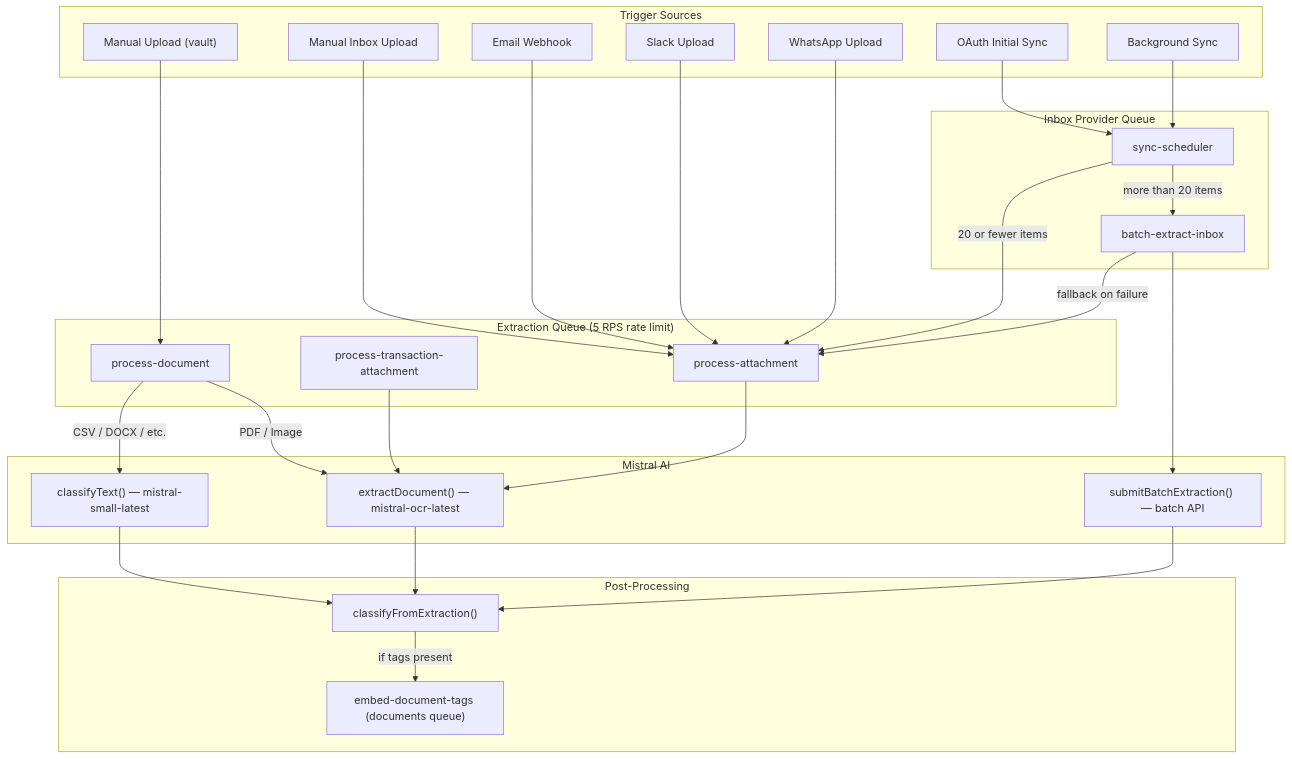
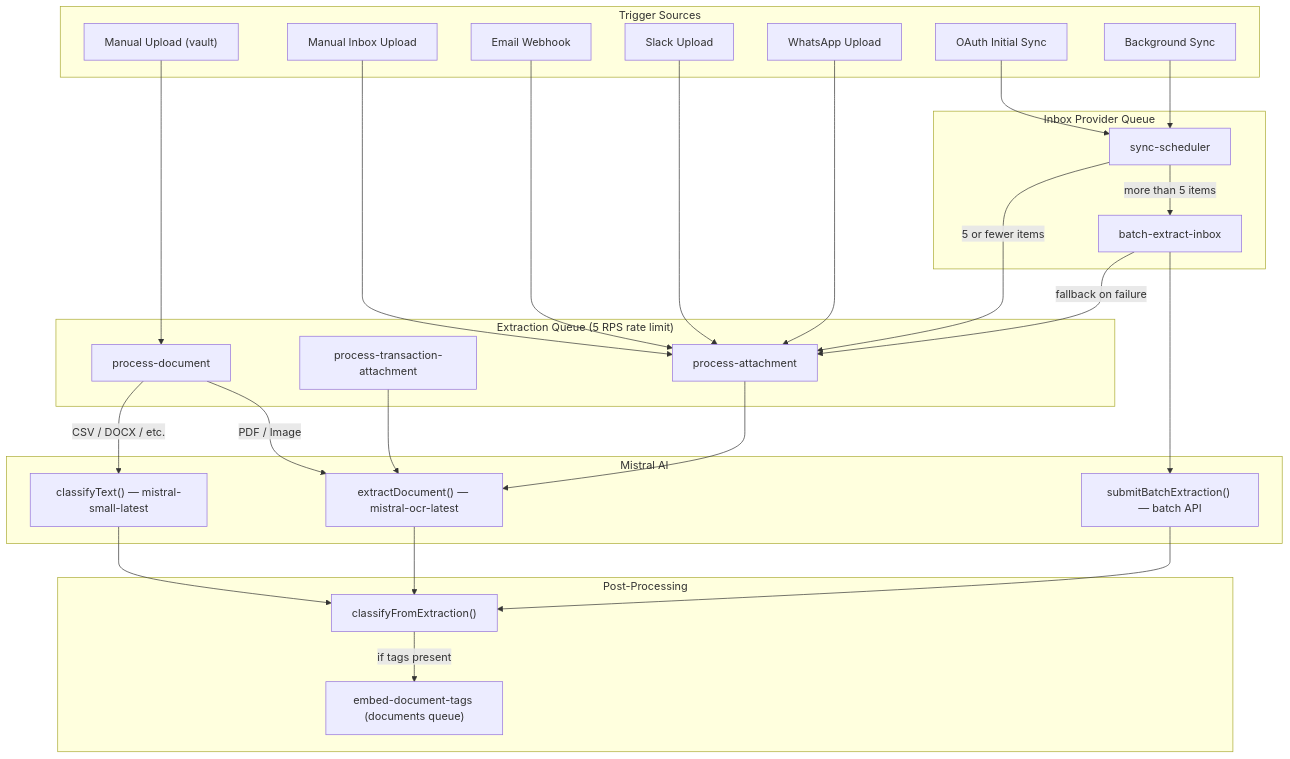
One commit to midday-ai/midday changed the diagram in packages/documents/ARCHITECTURE.md. Above: the diagram before and after it, drawn with Mermaid. The commit also changed 4 other files, not shown here.

````diff
--- a/packages/documents/ARCHITECTURE.md
+++ b/packages/documents/ARCHITECTURE.md
@@ -17,57 +17,57 @@
 ```mermaid
 flowchart TD
     subgraph triggers [Trigger Sources]
         ManualUpload["Manual Upload (vault)"]
         ManualInbox["Manual Inbox Upload"]
         EmailWebhook[Email Webhook]
         SlackUpload[Slack Upload]
         WhatsAppUpload[WhatsApp Upload]
         OAuthSync[OAuth Initial Sync]
         BackgroundSync[Background Sync]
     end
 
     subgraph extraction_queue ["Extraction Queue (5 RPS rate limit)"]
         ProcessAttachment[process-attachment]
         ProcessTransaction[process-transaction-attachment]
         ProcessDocument[process-document]
     end
 
     subgraph inbox_provider [Inbox Provider Queue]
         SyncScheduler[sync-scheduler]
         BatchExtract[batch-extract-inbox]
     end
 
     subgraph mistral [Mistral AI]
         MistralOCR["extractDocument() — mistral-ocr-latest"]
         MistralBatch["submitBatchExtraction() — batch API"]
         MistralClassify["classifyText() — mistral-small-latest"]
     end
 
     subgraph post [Post-Processing]
         ClassifyFromExtraction["classifyFromExtraction()"]
         EmbedTags["embed-document-tags (documents queue)"]
     end
 
     ManualUpload --> ProcessDocument
     ManualInbox --> ProcessAttachment
     EmailWebhook --> ProcessAttachment
     SlackUpload --> ProcessAttachment
     WhatsAppUpload --> ProcessAttachment
     OAuthSync --> SyncScheduler
     BackgroundSync --> SyncScheduler
 
-    SyncScheduler -->|"more than 20 items"| BatchExtract
-    SyncScheduler -->|"20 or fewer items"| ProcessAttachment
+    SyncScheduler -->|"more than 5 items"| BatchExtract
+    SyncScheduler -->|"5 or fewer items"| ProcessAttachment
 
     ProcessAttachment --> MistralOCR
     ProcessTransaction --> MistralOCR
     ProcessDocument -->|"PDF / Image"| MistralOCR
     ProcessDocument -->|"CSV / DOCX / etc."| MistralClassify
     BatchExtract --> MistralBatch
     BatchExtract -->|"fallback on failure"| ProcessAttachment
 
     MistralOCR --> ClassifyFromExtraction
     MistralBatch --> ClassifyFromExtraction
     MistralClassify --> ClassifyFromExtraction
     ClassifyFromExtraction -->|"if tags present"| EmbedTags
 ```
````
